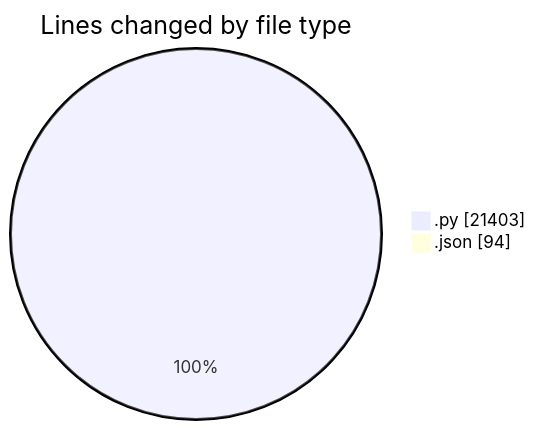
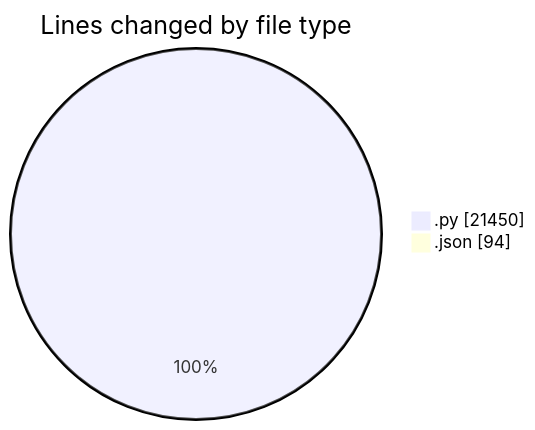
One commit to jrari/code-tracking changed the first of 2 diagrams in 2025-07-14/telebot/README.md. Above: the diagram before and after it, drawn with Mermaid. The commit also changed other lines of this file and 1 other file, not shown here.

````diff
--- a/2025-07-14/telebot/README.md
+++ b/2025-07-14/telebot/README.md
@@ -46,6 +46,6 @@
 ```mermaid
 pie showData
 title Lines changed by file type
-".py" : 21403
+".py" : 21450
 ".json" : 94
 ```
````
